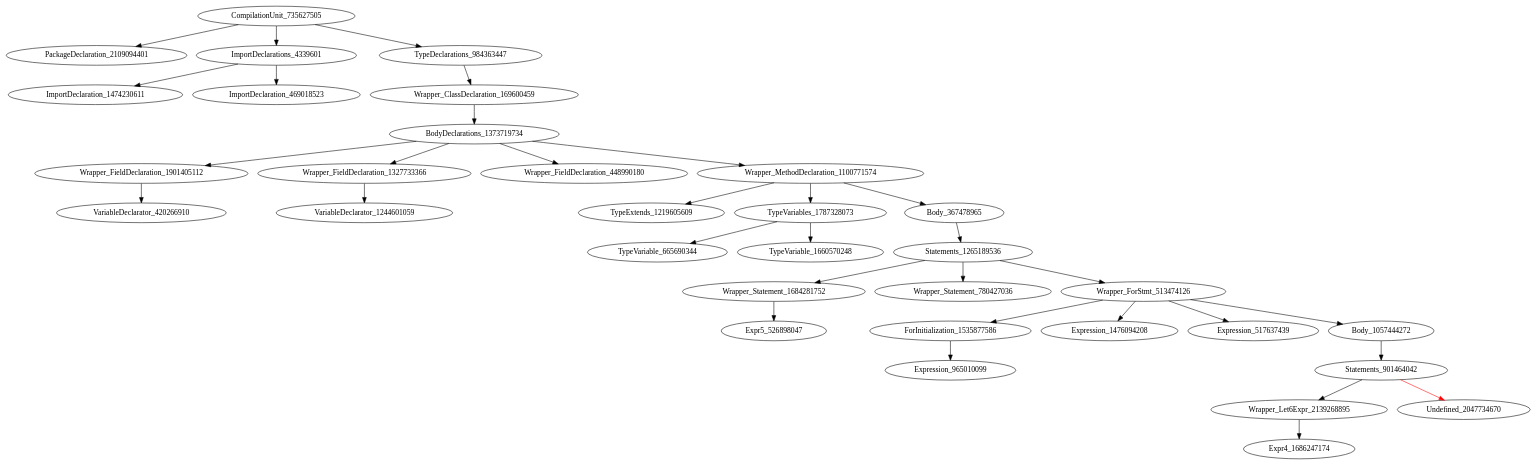
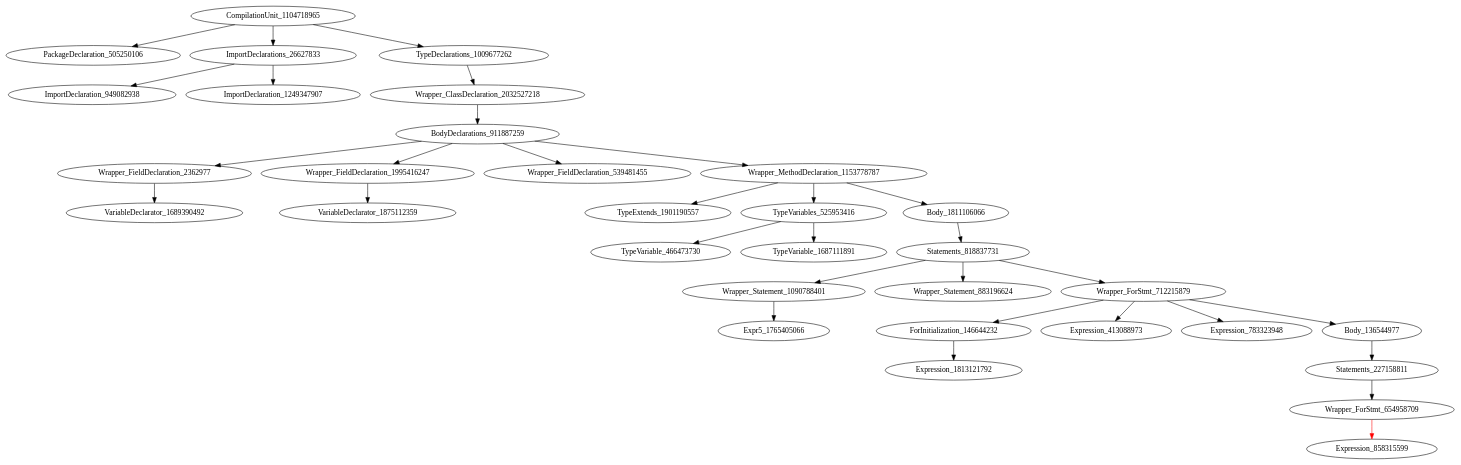
Before and after one commit to icse2023material/VoiceJava: the diagram in holeAST.dot, drawn with Graphviz. The commit also changed 4 other files, not shown here.

```diff
--- a/holeAST.dot
+++ b/holeAST.dot
@@ -1,34 +1,33 @@
 digraph {
-CompilationUnit_735627505 -> PackageDeclaration_2109094401
-CompilationUnit_735627505 -> ImportDeclarations_4339601
-CompilationUnit_735627505 -> TypeDeclarations_984363447
-ImportDeclarations_4339601 -> ImportDeclaration_1474230611
-ImportDeclarations_4339601 -> ImportDeclaration_469018523
-TypeDeclarations_984363447 -> Wrapper_ClassDeclaration_169600459
-Wrapper_ClassDeclaration_169600459 -> BodyDeclarations_1373719734
-BodyDeclarations_1373719734 -> Wrapper_FieldDeclaration_1901405112
-BodyDeclarations_1373719734 -> Wrapper_FieldDeclaration_1327733366
-BodyDeclarations_1373719734 -> Wrapper_FieldDeclaration_448990180
-BodyDeclarations_1373719734 -> Wrapper_MethodDeclaration_1100771574
-Wrapper_FieldDeclaration_1901405112 -> VariableDeclarator_420266910
-Wrapper_FieldDeclaration_1327733366 -> VariableDeclarator_1244601059
-Wrapper_MethodDeclaration_1100771574 -> TypeExtends_1219605609
-Wrapper_MethodDeclaration_1100771574 -> TypeVariables_1787328073
-Wrapper_MethodDeclaration_1100771574 -> Body_367478965
-TypeVariables_1787328073 -> TypeVariable_665690344
-TypeVariables_1787328073 -> TypeVariable_1660570248
-Body_367478965 -> Statements_1265189536
-Statements_1265189536 -> Wrapper_Statement_1684281752
-Statements_1265189536 -> Wrapper_Statement_780427036
-Statements_1265189536 -> Wrapper_ForStmt_513474126
-Wrapper_Statement_1684281752 -> Expr5_526898047
-Wrapper_ForStmt_513474126 -> ForInitialization_1535877586
-Wrapper_ForStmt_513474126 -> Expression_1476094208
-Wrapper_ForStmt_513474126 -> Expression_517637439
-Wrapper_ForStmt_513474126 -> Body_1057444272
-ForInitialization_1535877586 -> Expression_965010099
-Body_1057444272 -> Statements_901464042
-Statements_901464042 -> Wrapper_Let6Expr_2139268895
-Statements_901464042 -> Undefined_2047734670 [color = red] 
-Wrapper_Let6Expr_2139268895 -> Expr4_1686247174
+CompilationUnit_1104718965 -> PackageDeclaration_505250106
+CompilationUnit_1104718965 -> ImportDeclarations_26627833
+CompilationUnit_1104718965 -> TypeDeclarations_1009677262
+ImportDeclarations_26627833 -> ImportDeclaration_949082938
+ImportDeclarations_26627833 -> ImportDeclaration_1249347907
+TypeDeclarations_1009677262 -> Wrapper_ClassDeclaration_2032527218
+Wrapper_ClassDeclaration_2032527218 -> BodyDeclarations_911887259
+BodyDeclarations_911887259 -> Wrapper_FieldDeclaration_2362977
+BodyDeclarations_911887259 -> Wrapper_FieldDeclaration_1995416247
+BodyDeclarations_911887259 -> Wrapper_FieldDeclaration_539481455
+BodyDeclarations_911887259 -> Wrapper_MethodDeclaration_1153778787
+Wrapper_FieldDeclaration_2362977 -> VariableDeclarator_1689390492
+Wrapper_FieldDeclaration_1995416247 -> VariableDeclarator_1875112359
+Wrapper_MethodDeclaration_1153778787 -> TypeExtends_1901190557
+Wrapper_MethodDeclaration_1153778787 -> TypeVariables_525953416
+Wrapper_MethodDeclaration_1153778787 -> Body_1811106066
+TypeVariables_525953416 -> TypeVariable_466473730
+TypeVariables_525953416 -> TypeVariable_1687111891
+Body_1811106066 -> Statements_818837731
+Statements_818837731 -> Wrapper_Statement_1090788401
+Statements_818837731 -> Wrapper_Statement_883196624
+Statements_818837731 -> Wrapper_ForStmt_712215879
+Wrapper_Statement_1090788401 -> Expr5_1765405066
+Wrapper_ForStmt_712215879 -> ForInitialization_146644232
+Wrapper_ForStmt_712215879 -> Expression_413088973
+Wrapper_ForStmt_712215879 -> Expression_783323948
+Wrapper_ForStmt_712215879 -> Body_136544977
+ForInitialization_146644232 -> Expression_1813121792
+Body_136544977 -> Statements_227158811
+Statements_227158811 -> Wrapper_ForStmt_654958709
+Wrapper_ForStmt_654958709 -> Expression_858315599 [color = red] 
 }
```
